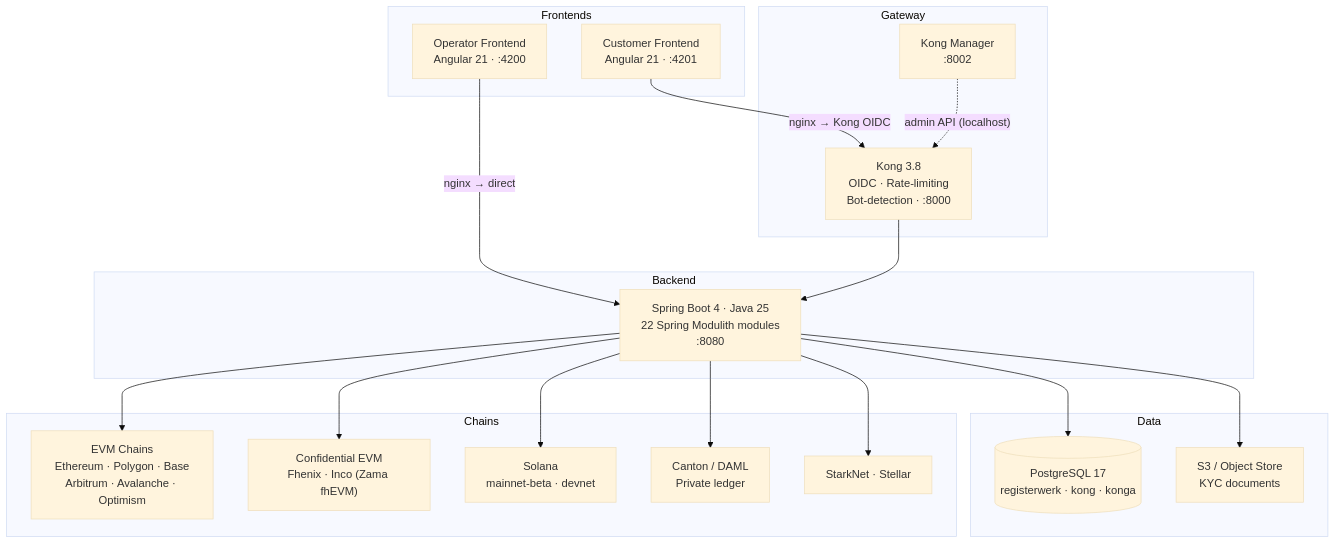
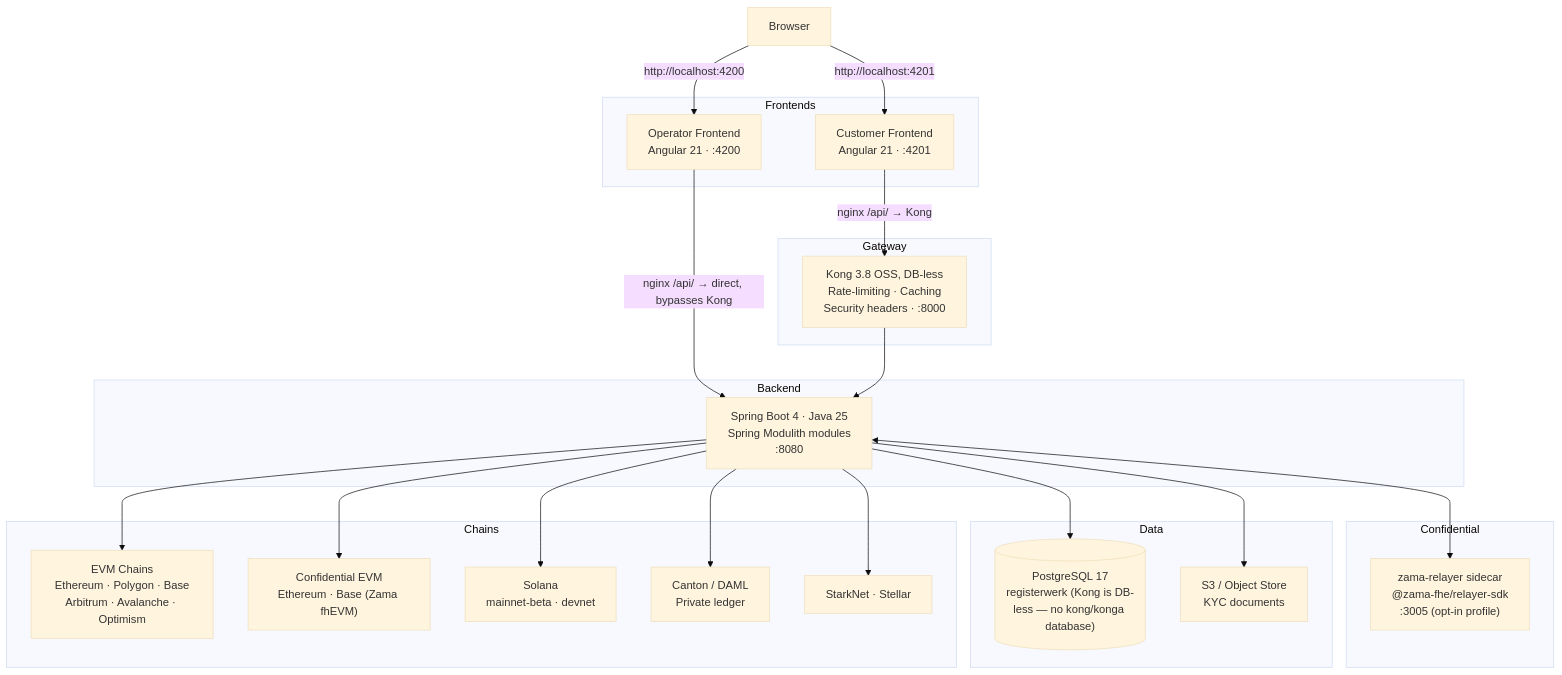
One commit to makibytes/registerwerk changed the first of 2 diagrams in docs/intro/architecture.md. Above: the diagram before and after it, drawn with Mermaid (base theme). The commit also changed other lines of this file and 1047 other files, not shown here.

````diff
--- a/docs/intro/architecture.md
+++ b/docs/intro/architecture.md
@@ -14,41 +14,48 @@
 ```mermaid
 graph TB
+    U["Browser"]
+
     subgraph Frontends
         FO["Operator Frontend<br/>Angular 21 · :4200"]
         FC["Customer Frontend<br/>Angular 21 · :4201"]
     end
 
     subgraph Gateway
-        K["Kong 3.8<br/>OIDC · Rate-limiting<br/>Bot-detection · :8000"]
-        KM["Kong Manager<br/>:8002"]
+        K["Kong 3.8 OSS, DB-less<br/>Rate-limiting · Caching<br/>Security headers · :8000"]
     end
 
     subgraph Backend
-        B["Spring Boot 4 · Java 25<br/>22 Spring Modulith modules<br/>:8080"]
+        B["Spring Boot 4 · Java 25<br/>Spring Modulith modules<br/>:8080"]
+    end
+
+    subgraph Confidential
+        ZR["zama-relayer sidecar<br/>@zama-fhe/relayer-sdk<br/>:3005 (opt-in profile)"]
     end
 
     subgraph Data
-        PG[("PostgreSQL 17<br/>registerwerk · kong · konga")]
+        PG[("PostgreSQL 17<br/>registerwerk (Kong is DB-less — no kong/konga database)")]
         S3["S3 / Object Store<br/>KYC documents"]
     end
 
     subgraph Chains
         EVM["EVM Chains<br/>Ethereum · Polygon · Base<br/>Arbitrum · Avalanche · Optimism"]
-        CEVM["Confidential EVM<br/>Fhenix · Inco (Zama fhEVM)"]
+        CEVM["Confidential EVM<br/>Ethereum · Base (Zama fhEVM)"]
         SOL["Solana<br/>mainnet-beta · devnet"]
         CTN["Canton / DAML<br/>Private ledger"]
         STR["StarkNet · Stellar"]
     end
 
-    FO -->|"nginx → direct"| B
-    FC -->|"nginx → Kong OIDC"| K
+    U -->|"http://localhost:4200"| FO
+    U -->|"http://localhost:4201"| FC
+    FO -->|"nginx /api/ → direct, bypasses Kong"| B
+    FC -->|"nginx /api/ → Kong"| K
     K --> B
-    KM -.->|"admin API (localhost)"| K
+    B <--> ZR
     B --> PG
     B --> S3
     B --> EVM
     B --> CEVM
     B --> SOL
     B --> CTN
     B --> STR
 ```
````
